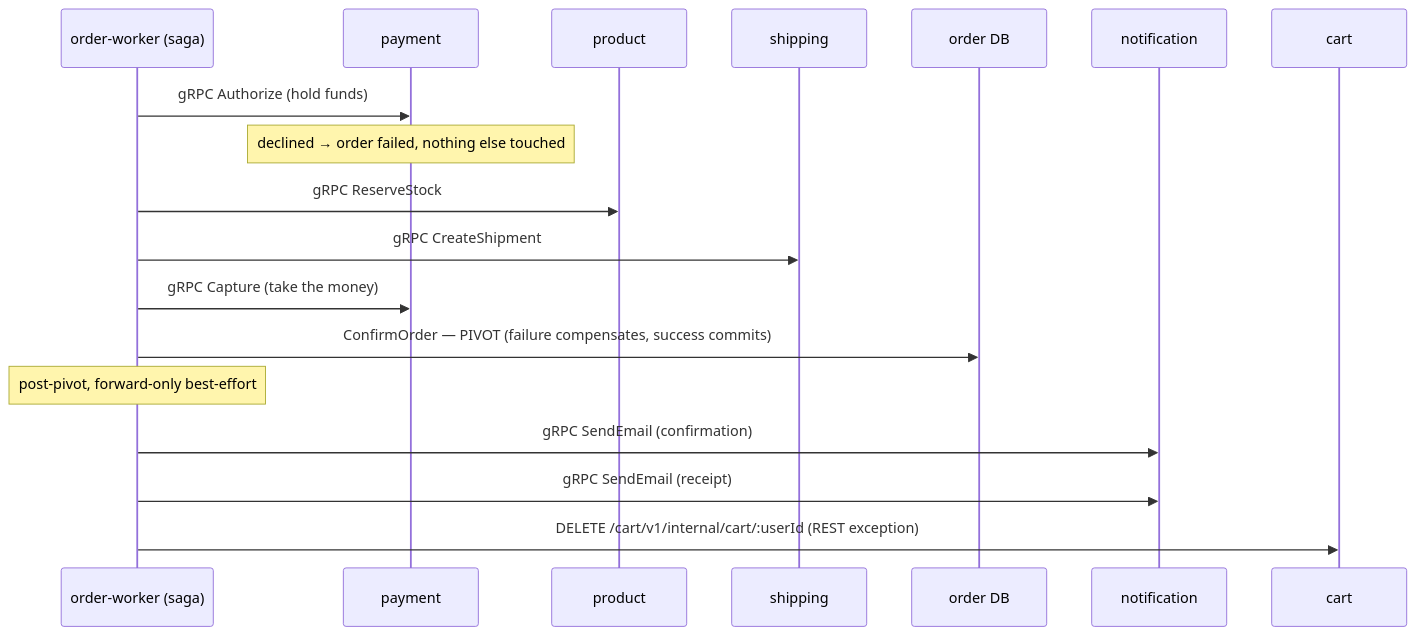
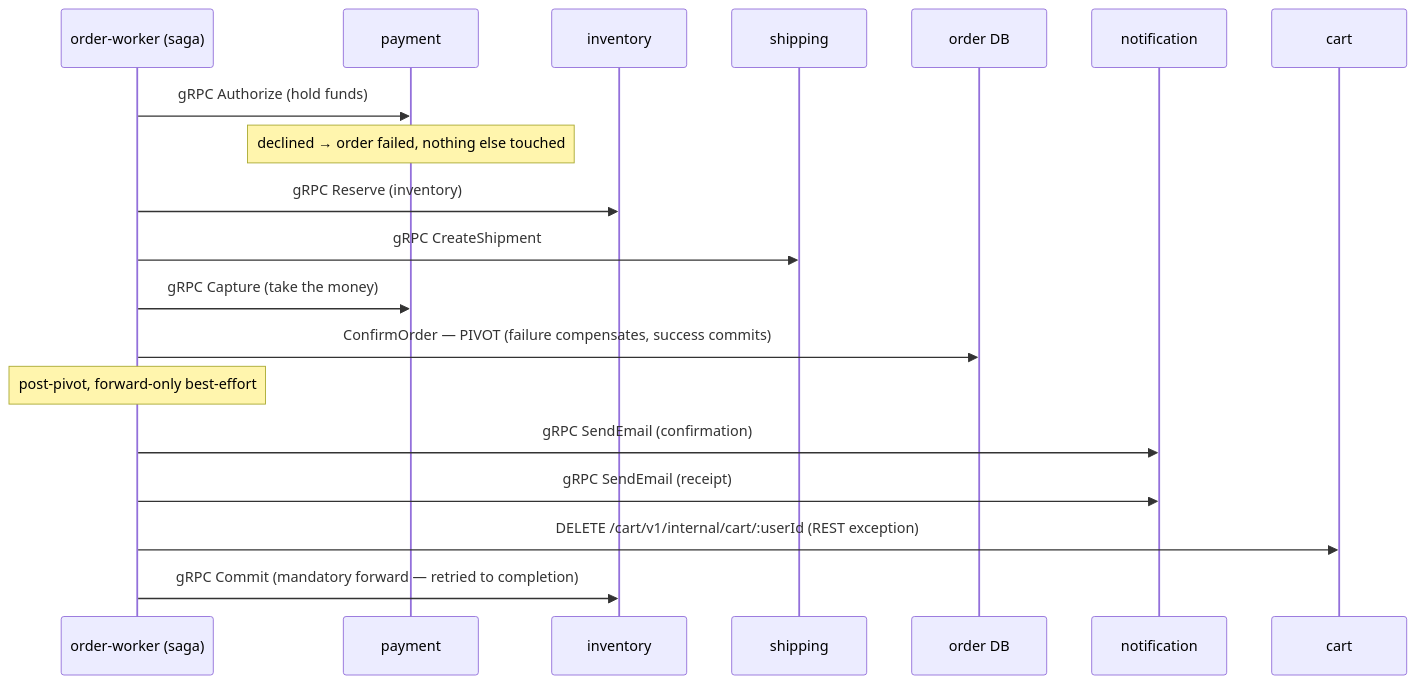
One commit to duynhlab/homelab changed the ninth of 10 diagrams in docs/api/api.md. Above: the diagram before and after it, drawn with Mermaid. The commit also changed other lines of this file and 5 other files, not shown here.

````diff
--- a/docs/api/api.md
+++ b/docs/api/api.md
@@ -588,21 +587,22 @@
 ```mermaid
 sequenceDiagram
     participant W as order-worker (saga)
     participant Pay as payment
-    participant Prod as product
+    participant Inv as inventory
     participant Ship as shipping
     participant Ord as order DB
     participant Not as notification
     participant Cart as cart
 
     W->>Pay: gRPC Authorize (hold funds)
     Note over Pay: declined → order failed, nothing else touched
-    W->>Prod: gRPC ReserveStock
+    W->>Inv: gRPC Reserve (inventory)
     W->>Ship: gRPC CreateShipment
     W->>Pay: gRPC Capture (take the money)
     W->>Ord: ConfirmOrder — PIVOT (failure compensates, success commits)
     Note over W: post-pivot, forward-only best-effort
     W->>Not: gRPC SendEmail (confirmation)
     W->>Not: gRPC SendEmail (receipt)
     W->>Cart: DELETE /cart/v1/internal/cart/:userId (REST exception)
+    W->>Inv: gRPC Commit (mandatory forward — retried to completion)
 ```
````
